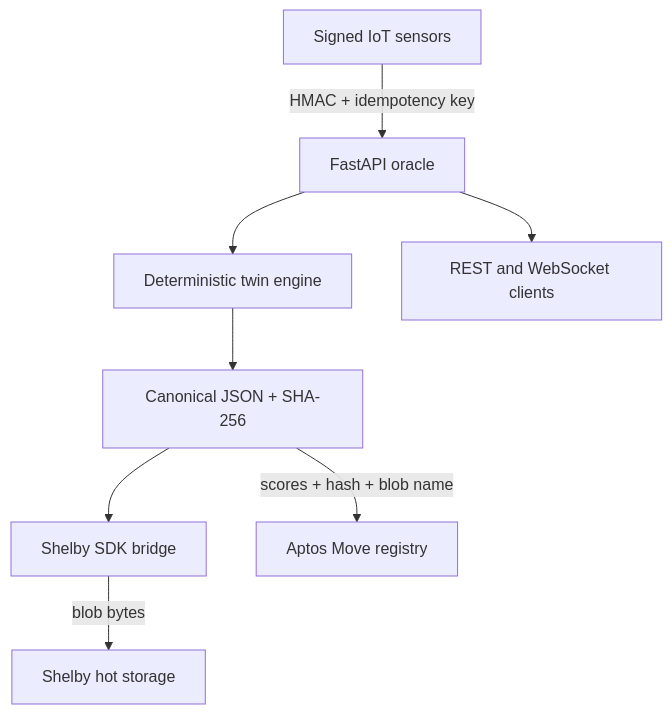
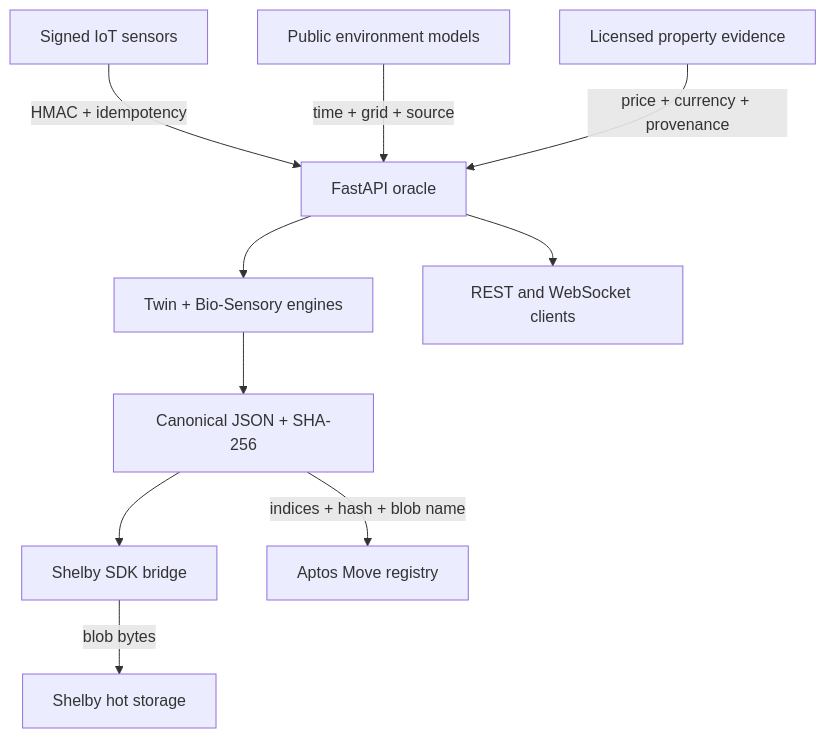
The diagram in docs/architecture.md (sukodai1234/Shelby-Real-time-Digital-Twin-City-RWA-Oracle), drawn with Mermaid before and after one commit. The commit also changed other lines of this file and 14 other files, not shown here.

Commit message:
Add Bio-Sensory environmental oracle v2.2

````diff
--- a/docs/architecture.md
+++ b/docs/architecture.md
@@ -3,10 +3,12 @@
 ```mermaid
 flowchart TD
-    S[Signed IoT sensors] -->|HMAC + idempotency key| O[FastAPI oracle]
-    O --> E[Deterministic twin engine]
+    S[Signed IoT sensors] -->|HMAC + idempotency| O[FastAPI oracle]
+    P[Public environment models] -->|time + grid + source| O
+    M[Licensed property evidence] -->|price + currency + provenance| O
+    O --> E[Twin + Bio-Sensory engines]
     E --> H[Canonical JSON + SHA-256]
     H --> B[Shelby SDK bridge]
     B -->|blob bytes| SH[Shelby hot storage]
-    H -->|scores + hash + blob name| A[Aptos Move registry]
+    H -->|indices + hash + blob name| A[Aptos Move registry]
     O --> W[REST and WebSocket clients]
 ```
````
